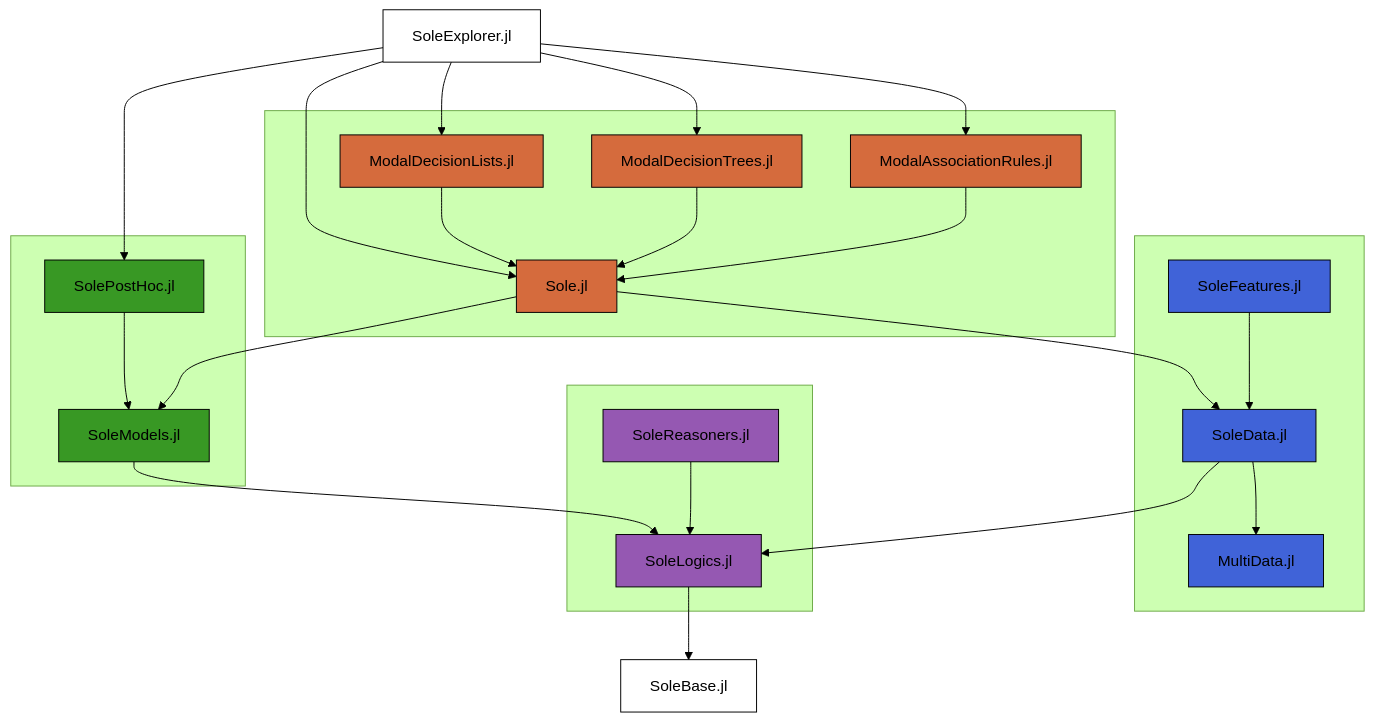
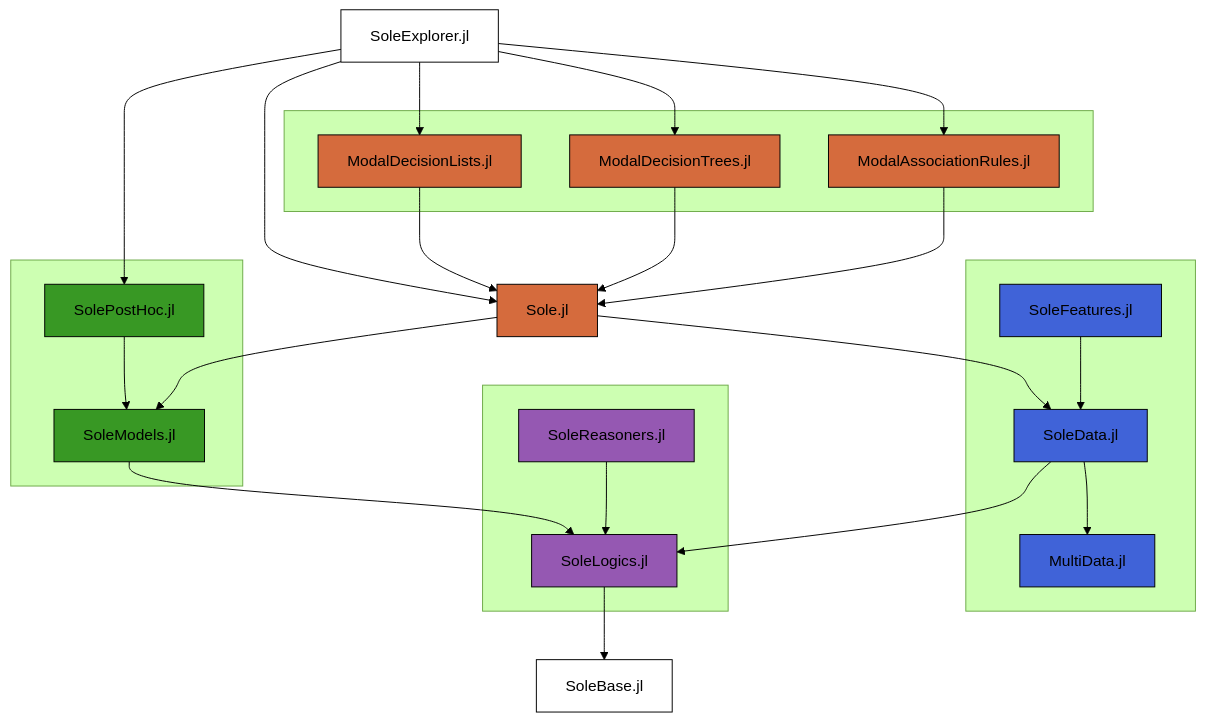
One commit to aclai-lab/Sole.jl changed the second of 2 diagrams in README.md. Above: the diagram before and after it, drawn with Mermaid (forest theme). The commit also changed other lines of this file, not shown here.

Commit message:
Sole node is now the central point of Sole's schema

````diff
--- a/README.md
+++ b/README.md
@@ -113,61 +113,61 @@
 ```mermaid
 graph TD
     SX[<font color="black">SoleExplorer.jl</font>]
 
     subgraph Group1[ ]
         MAR[<font color="black">ModalAssociationRules.jl</font>]
         MDT[<font color="black">ModalDecisionTrees.jl</font>]
         MDL[<font color="black">ModalDecisionLists.jl</font>]
-        S[<font color="black">Sole.jl</font>]
     end
+    S[<font color="black">Sole.jl</font>]
 
     subgraph Group2[ ]
         SF[<font color="black">SoleFeatures.jl</font>]
         SD[<font color="black">SoleData.jl</font>]
         MD[<font color="black">MultiData.jl</font>]
     end
 
     subgraph Group3[ ]
         PHC[<font color="black">SolePostHoc.jl</font>]
         SM[<font color="black">SoleModels.jl</font>]
     end
 
     subgraph Group4[ ]
         SL[<font color="black">SoleLogics.jl</font>]
         SR[<font color="black">SoleReasoners.jl</font>]
     end
     SB[<font color="black">SoleBase.jl</font>]
 
     SX --> MDL 
     SX --> MDT
     SX --> MAR
     SX --> S
     SX --> PHC
 
     SL --> SB
     SD --> SL
     SD --> MD
     SM --> SL
     S --> SD
     PHC --> SM
     S --> SM
     SF --> SD
     MDL --> S
     MDT --> S
     MAR --> S
     SR --> SL
 
     style SX fill:#FFFFFF,stroke:#000000
     style SB fill:#FFFFFF,stroke:#000000
     style SL fill:#9558B2,stroke:#000000
     style SD fill:#4063D8,stroke:#000000
     style SM fill:#389824,stroke:#000000
     style SF fill:#4063D8,stroke:#000000
     style S fill:#D56B3D,stroke:#000000
     style MDL fill:#D56B3D,stroke:#000000
     style MDT fill:#D56B3D,stroke:#000000
     style MAR fill:#D56B3D,stroke:#000000
     style PHC fill:#389824,stroke:#000000
     style SR fill:#9558B2,stroke:#000000
     style MD fill:#4063D8,stroke:#000000
 ```
````
